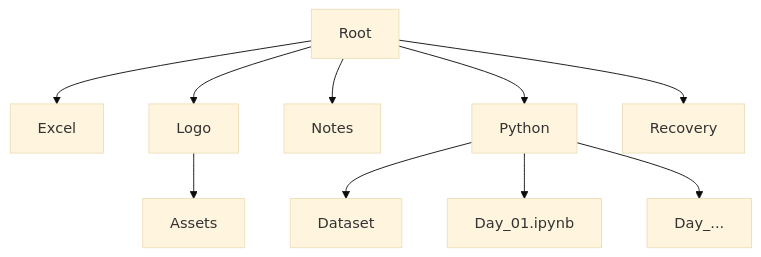
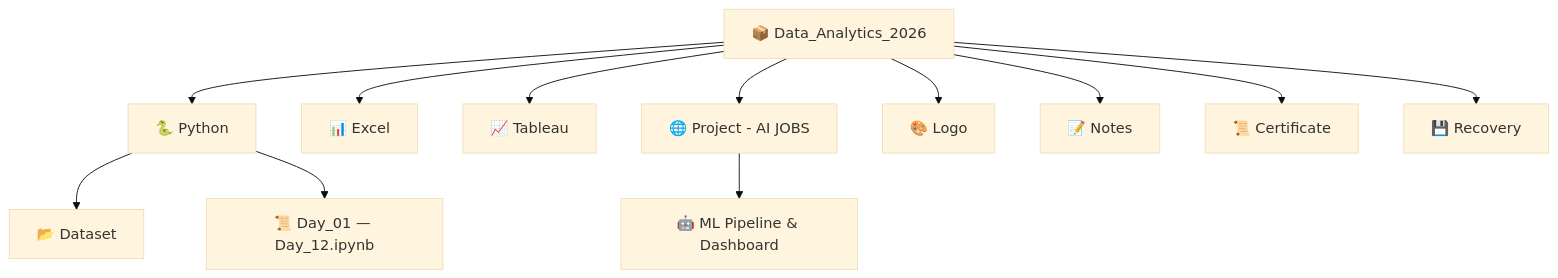
The diagram in README.md (adxconnect/Data_Analytics_2026-Course_CTTC), drawn with Mermaid (base theme) before and after one commit. The commit also changed other lines of this file and 23 other files, not shown here.

Commit message:
feat: initialize AI jobs dashboard project with ML pipeline, training artifacts, and Tableau visualizations

````diff
--- a/README.md
+++ b/README.md
@@ -48,12 +299,16 @@
 ```mermaid
 graph TD;
-    Root-->Excel;
-    Root-->Logo;
-    Root-->Notes;
-    Root-->Python;
-    Root-->Recovery;
-    Python-->Dataset;
-    Python-->Day_01.ipynb;
-    Python-->Day_...;
-    Logo-->Assets;
+    Root["📦 Data_Analytics_2026"]
+    Root --> Python["🐍 Python"]
+    Root --> Excel["📊 Excel"]
+    Root --> Tableau["📈 Tableau"]
+    Root --> Project["🌐 Project - AI JOBS"]
+    Root --> Logo["🎨 Logo"]
+    Root --> Notes["📝 Notes"]
+    Root --> Certificate["📜 Certificate"]
+    Root --> Recovery["💾 Recovery"]
+
+    Python --> Dataset["📂 Dataset"]
+    Python --> Notebooks["📜 Day_01 — Day_12.ipynb"]
+    Project --> ML["🤖 ML Pipeline & Dashboard"]
 ```
````
